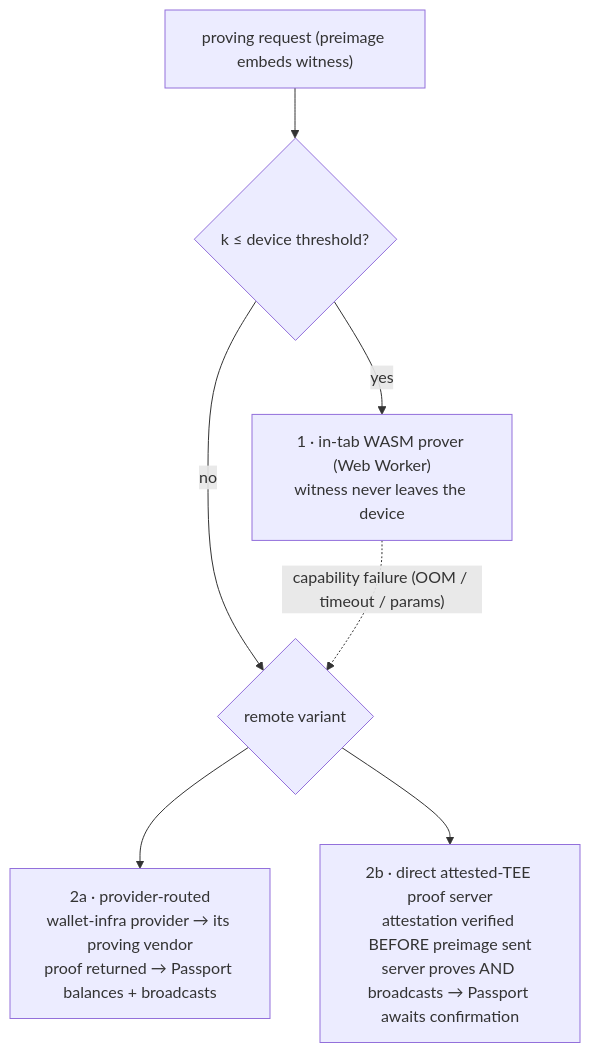
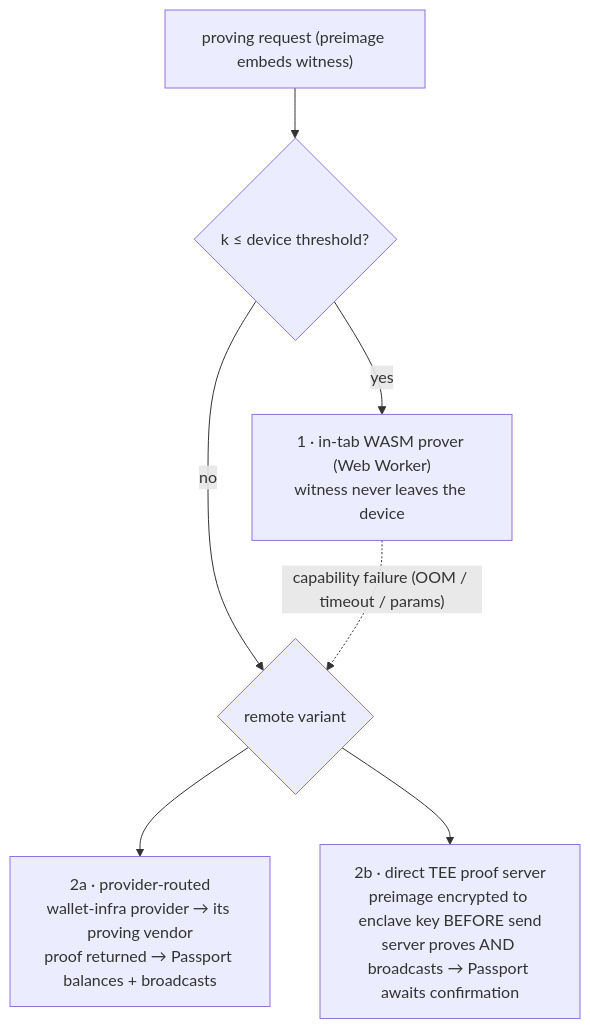
One commit to midnightntwrk/passport changed the second of 6 diagrams in sdk/docs/architecture.md. Above: the diagram before and after it, drawn with Mermaid. The commit also changed other lines of this file and 2 other files, not shown here.

First line of the commit message:
SDK docs: re-scope remote-prover trust — SDK encrypts to enclave, does not attest

````diff
--- a/sdk/docs/architecture.md
+++ b/sdk/docs/architecture.md
@@ -143,9 +143,9 @@
 ```mermaid
 flowchart TB
   CMD["proving request (preimage embeds witness)"] --> K{"k ≤ device threshold?"}
   K -- yes --> WASM["1 · in-tab WASM prover (Web Worker)\nwitness never leaves the device"]
   K -- no --> R{"remote variant"}
   R --> PROV["2a · provider-routed\nwallet-infra provider → its proving vendor\nproof returned → Passport balances + broadcasts"]
-  R --> TEE["2b · direct attested-TEE proof server\nattestation verified BEFORE preimage sent\nserver proves AND broadcasts → Passport awaits confirmation"]
+  R --> TEE["2b · direct TEE proof server\npreimage encrypted to enclave key BEFORE send\nserver proves AND broadcasts → Passport awaits confirmation"]
   WASM -. "capability failure (OOM / timeout / params)" .-> R
 ```
````
